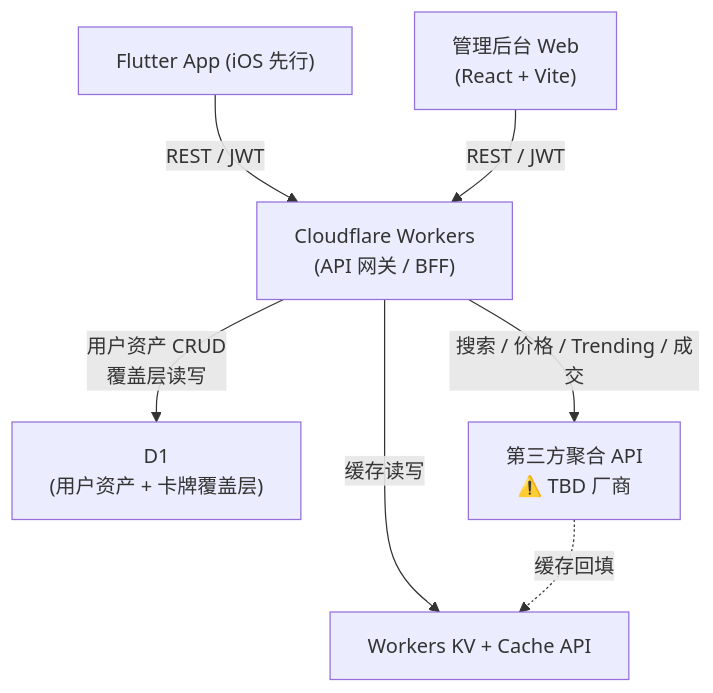
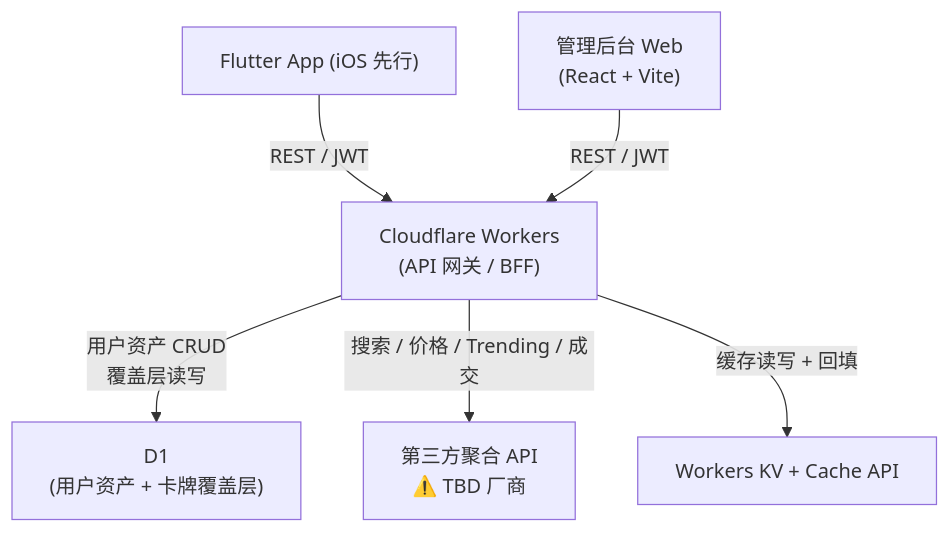
The first of 2 diagrams in docs/tcg-card/02-architecture/architecture.md (kando6370-wq/toccards), drawn with Mermaid before and after one commit. The commit also changed other lines of this file and 2 other files, not shown here.

Commit message:
docs(tcg-card): 修正架构图与monorepo一致性

````diff
--- a/docs/tcg-card/02-architecture/architecture.md
+++ b/docs/tcg-card/02-architecture/architecture.md
@@ -11,9 +11,8 @@
 ```mermaid
 graph TD
     A["Flutter App (iOS 先行)"] -->|REST / JWT| C["Cloudflare Workers\n(API 网关 / BFF)"]
     B["管理后台 Web\n(React + Vite)"] -->|REST / JWT| C
     C -->|用户资产 CRUD\n覆盖层读写| D["D1\n(用户资产 + 卡牌覆盖层)"]
     C -->|搜索 / 价格 / Trending / 成交| E["第三方聚合 API\n⚠️ TBD 厂商"]
-    C -->|缓存读写| F["Workers KV + Cache API"]
-    E -.->|缓存回填| F
+    C -->|缓存读写 + 回填| F["Workers KV + Cache API"]
 ```
````
